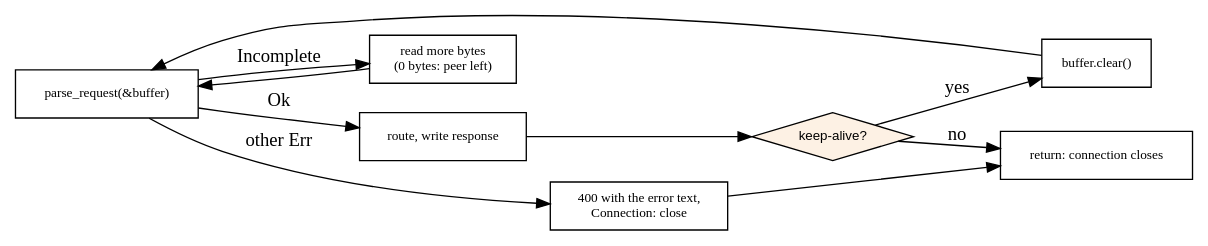
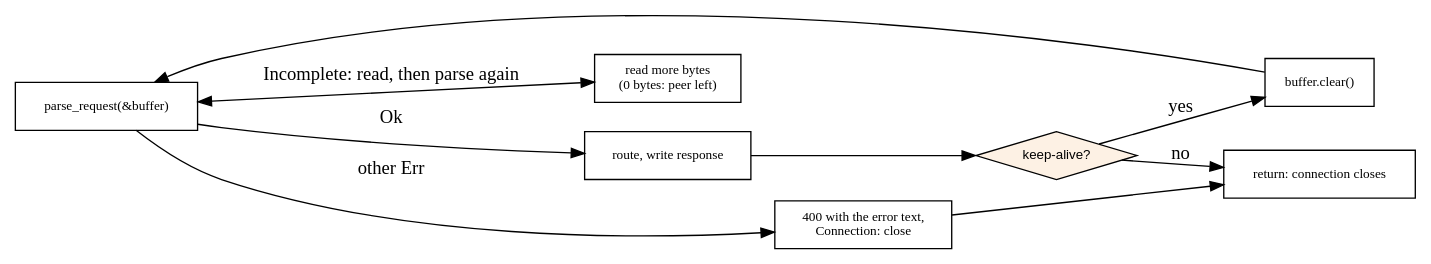
Before and after one commit to arpanpathak/cracking-the-systems-programming-interview: the diagram in cracking-the-systems-programming-interview/diagrams/ch21-connection.dot, drawn with Graphviz. The commit also changed 30 other files, not shown here.

```diff
--- a/cracking-the-systems-programming-interview/diagrams/ch21-connection.dot
+++ b/cracking-the-systems-programming-interview/diagrams/ch21-connection.dot
@@ -1,12 +1,12 @@
 digraph conn {
   rankdir=LR; nodesep=0.3;
   node [fontsize=10 shape=box];
   p [label="parse_request(&buffer)" fillcolor="#fdf6e8"];
   ok [label="route, write response"]; ka [label="keep-alive?" shape=diamond style="filled" fillcolor="#fdf1e4" fontname="Helvetica"];
   clr [label="buffer.clear()"]; close [label="return: connection closes" fillcolor="#eef3f7"];
   rd [label="read more bytes\n(0 bytes: peer left)"];
   bad [label="400 with the error text,\nConnection: close" fillcolor="#fbe3d6"];
   p -> ok [label=" Ok"]; ok -> ka; ka -> clr [label=" yes"]; clr -> p; ka -> close [label=" no"];
-  p -> rd [label=" Incomplete"]; rd -> p;
+  p -> rd [dir=both label=" Incomplete: read, then parse again"];
   p -> bad [label=" other Err"]; bad -> close;
 }
```
